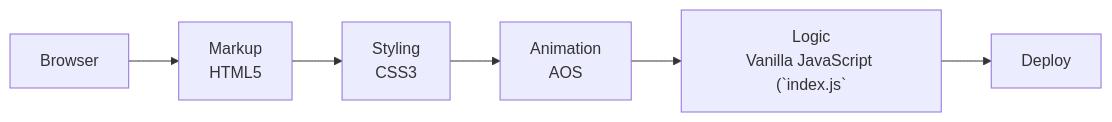
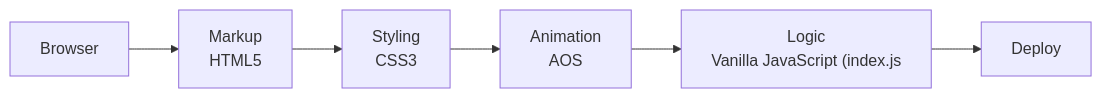
Before and after one commit to Mister2314/Portfolio: the diagram in README.md, drawn with Mermaid.

Commit message:
docs: modern README — animated demo, Mermaid, FAQ

````diff
--- a/README.md
+++ b/README.md
@@ -58,4 +58,4 @@
 ```mermaid
 flowchart LR
-  A["Browser"] --> B["Markup<br/>HTML5"] --> C["Styling<br/>CSS3"] --> D["Animation<br/>AOS"] --> E["Logic<br/>Vanilla JavaScript (`index.js`"] --> F["Deploy"]
+  A["Browser"] --> B["Markup<br/>HTML5"] --> C["Styling<br/>CSS3"] --> D["Animation<br/>AOS"] --> E["Logic<br/>Vanilla JavaScript (index.js"] --> F["Deploy"]
 ```
````
